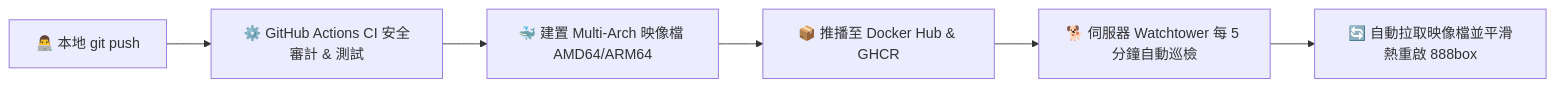
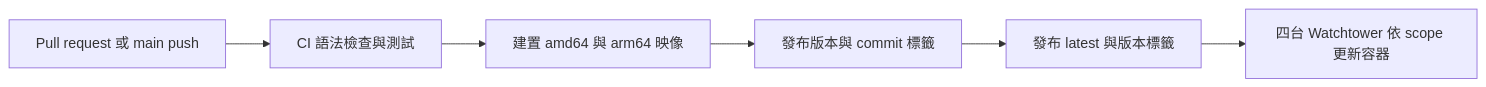
Before and after one commit to tbdavid2019/888box: the diagram in README.md, drawn with Mermaid. The commit also changed other lines of this file and 7 other files, not shown here.

````diff
--- a/README.md
+++ b/README.md
@@ -233,8 +233,8 @@
 ```mermaid
 flowchart LR
-    A[👨‍💻 本地 git push] --> B[⚙️ GitHub Actions CI 安全審計 & 測試]
-    B --> C[🐳 建置 Multi-Arch 映像檔 AMD64/ARM64]
-    C --> D[📦 推播至 Docker Hub & GHCR]
-    D --> E[🐕 伺服器 Watchtower 每 5 分鐘自動巡檢]
-    E --> F[🔄 自動拉取映像檔並平滑熱重啟 888box]
+    A[Pull request 或 main push] --> B[CI 語法檢查與測試]
+    B --> C[建置 amd64 與 arm64 映像]
+    C --> D[發布版本與 commit 標籤]
+    D --> E[發布 latest 與版本標籤]
+    E --> F[四台 Watchtower 依 scope 更新容器]
 ```
````
